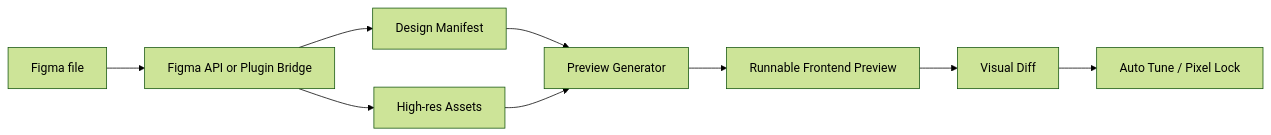
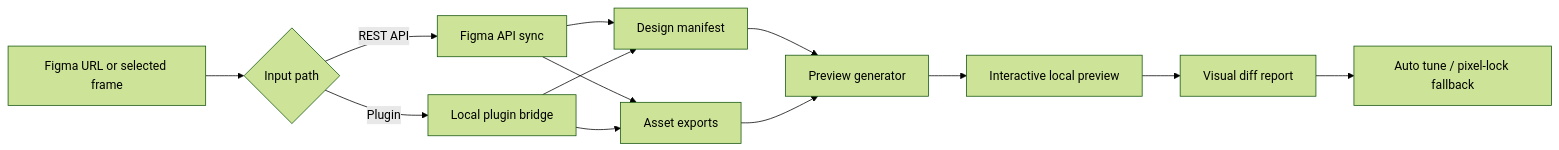
Before and after one commit to francoyeoh7/figma-pixel-bridge: the diagram in docs/architecture.md, drawn with Mermaid (forest theme). The commit also changed other lines of this file and 2 other files, not shown here.

Commit message:
Polish README and architecture docs

````diff
--- a/docs/architecture.md
+++ b/docs/architecture.md
@@ -7,11 +15,15 @@
 ```mermaid
 flowchart LR
-  A[Figma file] --> B[Figma API or Plugin Bridge]
-  B --> C[Design Manifest]
-  B --> D[High-res Assets]
-  C --> E[Preview Generator]
+  A[Figma URL or selected frame] --> B{Input path}
+  B -->|REST API| C[Figma API sync]
+  B -->|Plugin| D[Local plugin bridge]
+  C --> E[Design manifest]
   D --> E
-  E --> F[Runnable Frontend Preview]
-  F --> G[Visual Diff]
-  G --> H[Auto Tune / Pixel Lock]
+  C --> F[Asset exports]
+  D --> F
+  E --> G[Preview generator]
+  F --> G
+  G --> H[Interactive local preview]
+  H --> I[Visual diff report]
+  I --> J[Auto tune / pixel-lock fallback]
 ```
````
